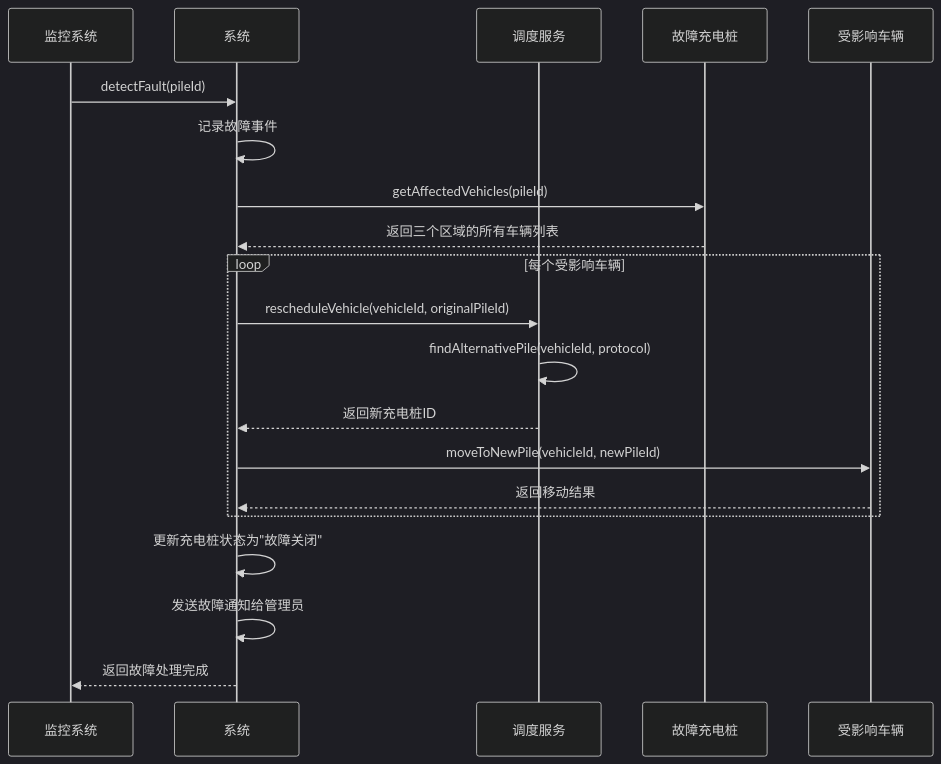
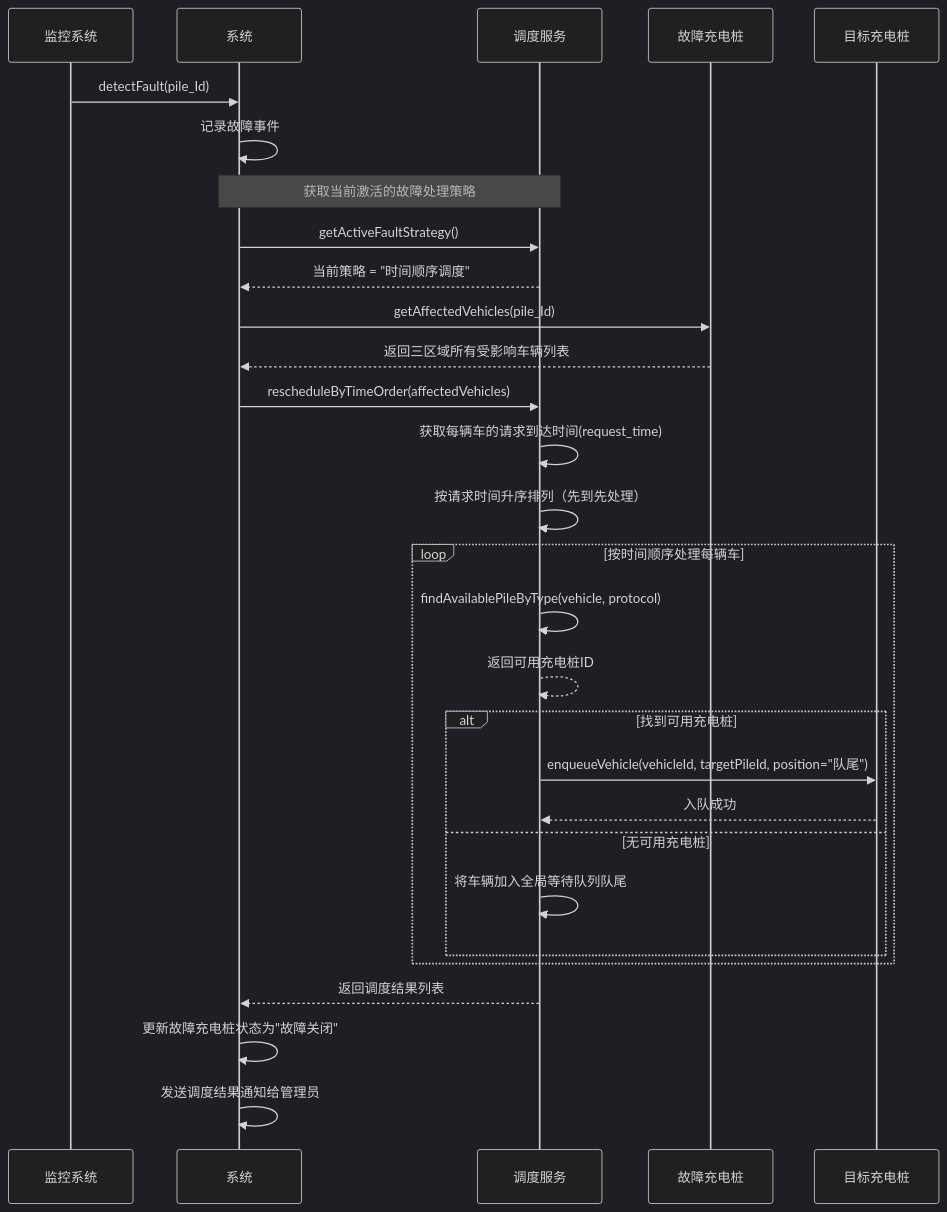
Before and after one commit to DuHaoyang626/charge-system: diagram 15 of 19 in docs/用例模型.md, drawn with Mermaid (dark theme). The commit also changed other lines of this file and 4 other files, not shown here.

````diff
--- a/docs/用例模型.md
+++ b/docs/用例模型.md
@@ -253,27 +668,39 @@
 ```mermaid
 sequenceDiagram
     participant Monitor as 监控系统
     participant System as 系统
     participant Dispatch as 调度服务
-    participant Pile as 故障充电桩
-    participant Vehicles as 受影响车辆
+    participant FaultPile as 故障充电桩
+    participant TargetPile as 目标充电桩
     
-    Monitor->>System: detectFault(pileId)
+    Monitor->>System: detectFault(pile_Id)
     System->>System: 记录故障事件
     
-    System->>Pile: getAffectedVehicles(pileId)
-    Pile-->>System: 返回三个区域的所有车辆列表
+    Note over System,Dispatch: 获取当前激活的故障处理策略
+    System->>Dispatch: getActiveFaultStrategy()
+    Dispatch-->>System: 当前策略 = "时间顺序调度"
     
-    loop 每个受影响车辆
-        System->>Dispatch: rescheduleVehicle(vehicleId, originalPileId)
-        Dispatch->>Dispatch: findAlternativePile(vehicleId, protocol)
-        Dispatch-->>System: 返回新充电桩ID
+    System->>FaultPile: getAffectedVehicles(pile_Id)
+    FaultPile-->>System: 返回三区域所有受影响车辆列表
+    
+    System->>Dispatch: rescheduleByTimeOrder(affectedVehicles)
+    
+    Dispatch->>Dispatch: 获取每辆车的请求到达时间(request_time)
+    Dispatch->>Dispatch: 按请求时间升序排列（先到先处理）
+    
+    loop 按时间顺序处理每辆车
+        Dispatch->>Dispatch: findAvailablePileByType(vehicle, protocol)
+        Dispatch-->>Dispatch: 返回可用充电桩ID
         
-        System->>Vehicles: moveToNewPile(vehicleId, newPileId)
-        Vehicles-->>System: 返回移动结果
+        alt 找到可用充电桩
+            Dispatch->>TargetPile: enqueueVehicle(vehicleId, targetPileId, position="队尾")
+            TargetPile-->>Dispatch: 入队成功
+        else 无可用充电桩
+            Dispatch->>Dispatch: 将车辆加入全局等待队列队尾
+        end
     end
     
-    System->>System: 更新充电桩状态为"故障关闭"
-    System->>System: 发送故障通知给管理员
-    System-->>Monitor: 返回故障处理完成
+    Dispatch-->>System: 返回调度结果列表
+    System->>System: 更新故障充电桩状态为"故障关闭"
+    System->>System: 发送调度结果通知给管理员
 ```
````
